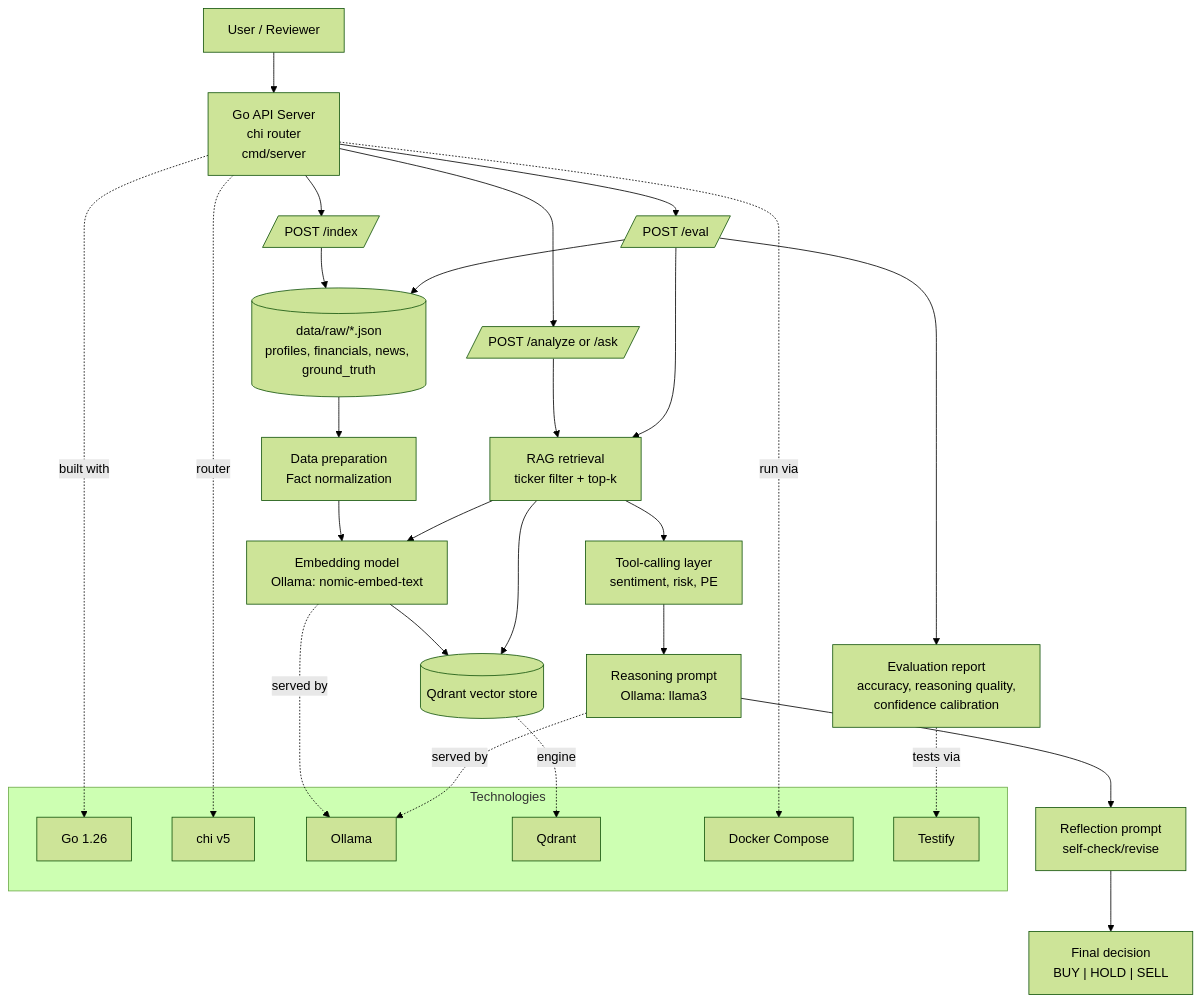
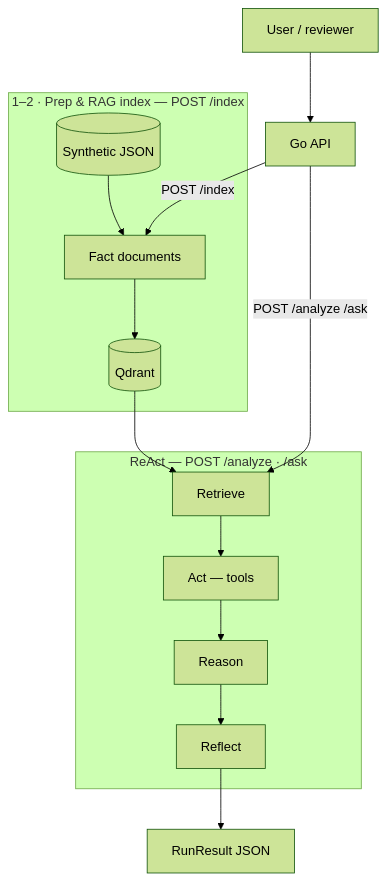
One commit to eklisowska/ai-agent changed the diagram in architecture.mmd. Above: the diagram before and after it, drawn with Mermaid (forest theme). The commit also changed 3 other files, not shown here.

```diff
--- a/architecture.mmd
+++ b/architecture.mmd
@@ -1,51 +1,29 @@
+%% ReAct: Retrieve → Act → Reason → Reflect (see agentic_workflow_react.md).
+%% Requirements 1–4: README “Requirements Coverage (Agentic Components)” — data prep, RAG, reasoning & reflection, tools.
 flowchart TD
-    U[User / Reviewer]
-    API[Go API Server<br/>chi router<br/>cmd/server]
-    IDX[/POST /index/]
-    ANL[/POST /analyze or /ask/]
-    EVL[/POST /eval/]
+    U[User / reviewer]
+    API[Go API]
 
-    RAW[(data/raw/*.json<br/>profiles, financials, news, ground_truth)]
-    PREP[Data preparation<br/>Fact normalization]
-    EMB[Embedding model<br/>Ollama: nomic-embed-text]
-    VDB[(Qdrant vector store)]
-    RET[RAG retrieval<br/>ticker filter + top-k]
-    TOOLS[Tool-calling layer<br/>sentiment, risk, PE]
-    REASON[Reasoning prompt<br/>Ollama: llama3]
-    REFL[Reflection prompt<br/>self-check/revise]
-    OUT["Final decision<br>BUY | HOLD | SELL"]
-    METRICS[Evaluation report<br/>accuracy, reasoning quality,<br/>confidence calibration]
+    subgraph idx["1–2 · Prep & RAG index — POST /index"]
+        RAW[(Synthetic JSON)]
+        PREP[Fact documents]
+        Q[(Qdrant)]
+        RAW --> PREP --> Q
+    end
+
+    subgraph react["ReAct — POST /analyze · /ask"]
+        RET[Retrieve]
+        ACT[Act — tools]
+        REASON[Reason]
+        REFLECT[Reflect]
+        RET --> ACT --> REASON --> REFLECT
+    end
+
+    OUT[RunResult JSON]
 
     U --> API
-    API --> IDX
-    API --> ANL
-    API --> EVL
+    API -->|POST /index| PREP
+    Q --> RET
+    REFLECT --> OUT
 
-    IDX --> RAW --> PREP --> EMB --> VDB
-
-    ANL --> RET
-    RET --> EMB
-    RET --> VDB
-    RET --> TOOLS
-    TOOLS --> REASON --> REFL --> OUT
-
-    EVL --> RET
-    EVL --> RAW
-    EVL --> METRICS
-
-    subgraph Technologies
-      T1[Go 1.26]
-      T2[chi v5]
-      T3[Ollama]
-      T4[Qdrant]
-      T5[Docker Compose]
-      T6[Testify]
-    end
-
-    API -.built with.-> T1
-    API -.router.-> T2
-    EMB -.served by.-> T3
-    REASON -.served by.-> T3
-    VDB -.engine.-> T4
-    API -.run via.-> T5
-    METRICS -.tests via.-> T6
+    API -->|POST /analyze /ask| RET
```
